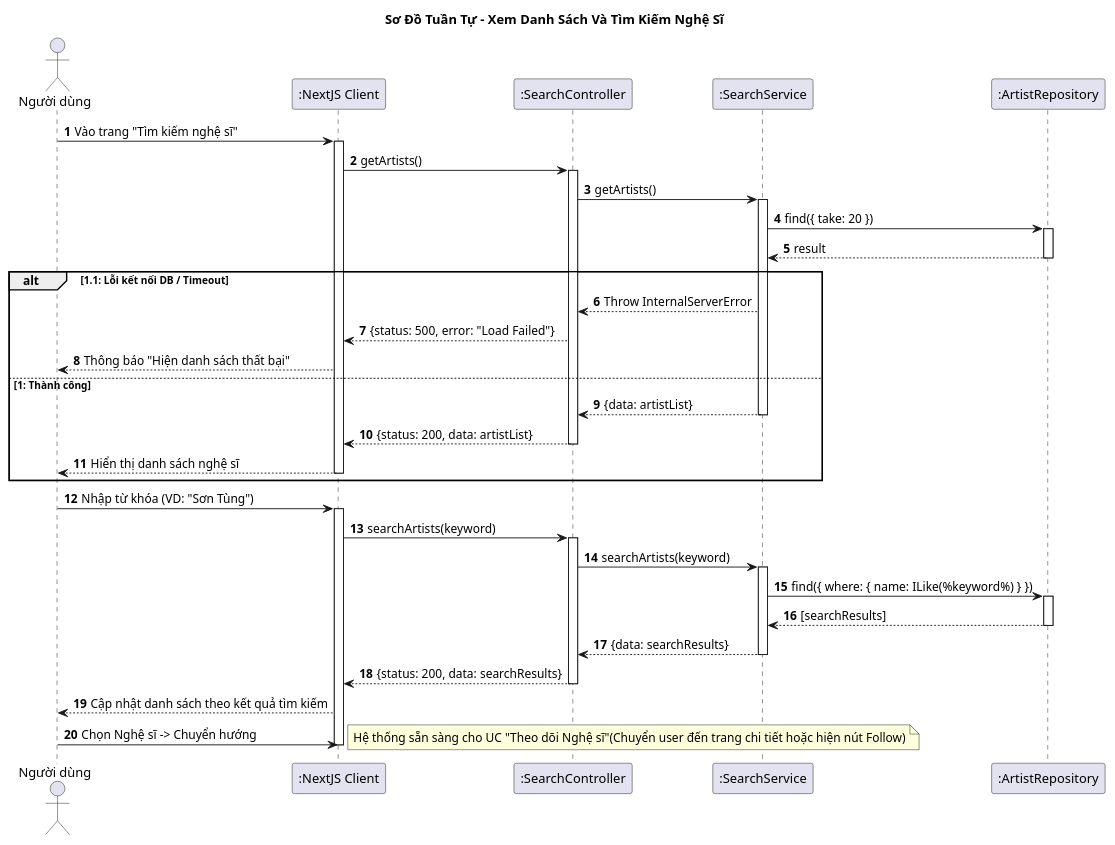
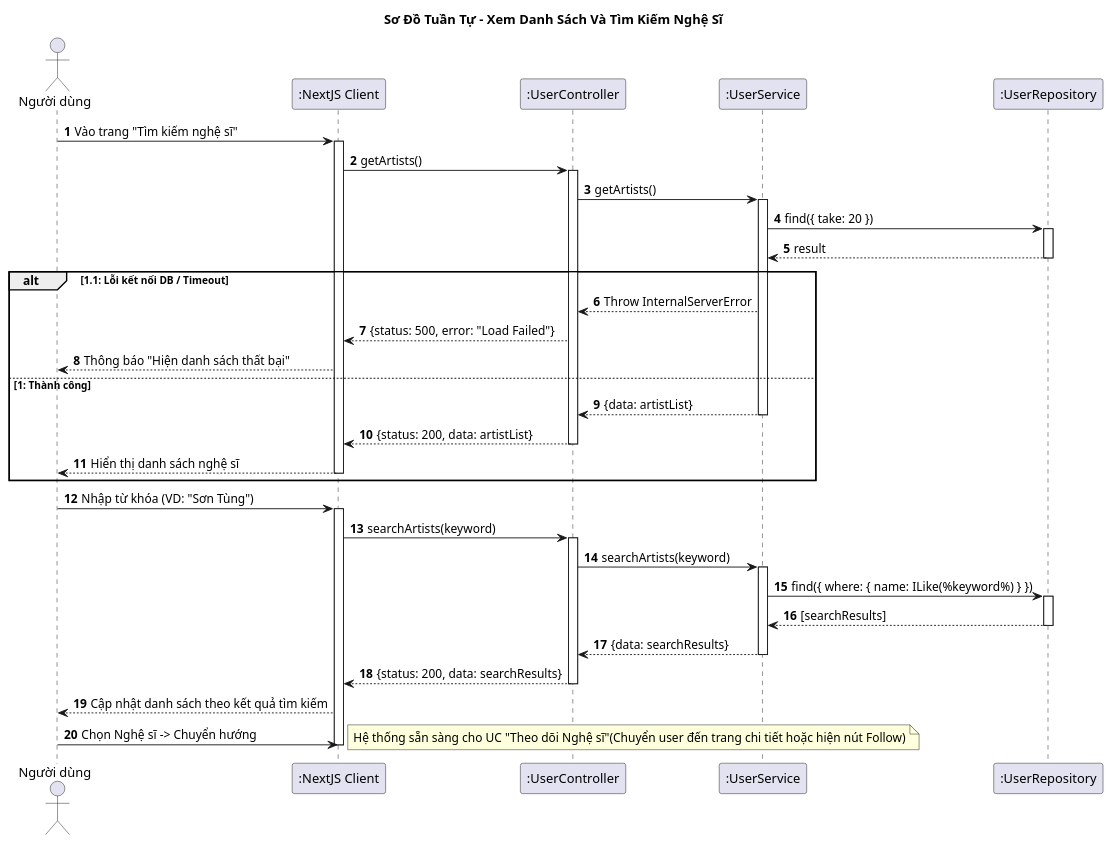
The diagram in Diagrams/SequenceDiagram/ViewSearchArtistSD.plantuml (vinh047/soundwave), drawn with PlantUML before and after one commit. The commit also changed 13 other files, not shown here.

Commit message:
Update: Sửa Class Diagram thành mức phân tích

```diff
--- a/Diagrams/SequenceDiagram/ViewSearchArtistSD.plantuml
+++ b/Diagrams/SequenceDiagram/ViewSearchArtistSD.plantuml
@@ -1,72 +1,72 @@
 @startuml Sequence Diagram - Xem Danh Sách Và Tìm Kiếm Nghệ Sĩ 
 
 title Sơ Đồ Tuần Tự - Xem Danh Sách Và Tìm Kiếm Nghệ Sĩ 
 
 actor "Người dùng" as User
 participant ":NextJS Client" as UI
-participant ":SearchController" as Controller
-participant ":SearchService" as Service
-participant ":ArtistRepository" as DB
+participant ":UserController" as Controller
+participant ":UserService" as Service
+participant ":UserRepository" as DB
 
 autonumber
 
 ' === BƯỚC 1: TẢI DANH SÁCH BAN ĐẦU ===
 User -> UI: Vào trang "Tìm kiếm nghệ sĩ"
 activate UI
 
 ' Gửi request (Chỉ gửi 1 lần)
 UI -> Controller: getArtists()
 activate Controller
 Controller -> Service: getArtists()
 activate Service
 
 ' Truy vấn DB
 Service -> DB: find({ take: 20 })
 activate DB
 DB --> Service: result
 deactivate DB
 
 ' Phân nhánh kết quả trả về
 alt 1.1: Lỗi kết nối DB / Timeout
     Service --> Controller: Throw InternalServerError
     Controller --> UI: {status: 500, error: "Load Failed"}
     UI --> User: Thông báo "Hiện danh sách thất bại"
 
 else 1: Thành công
     Service --> Controller: {data: artistList}
     deactivate Service
     Controller --> UI: {status: 200, data: artistList}
     deactivate Controller
     UI --> User: Hiển thị danh sách nghệ sĩ
     deactivate UI
 end
 
 ' === BƯỚC 2: TÌM KIẾM ===
 User -> UI: Nhập từ khóa (VD: "Sơn Tùng")
 activate UI
 
 ' NestJS: Dùng Query Param (?q=keyword)
 UI -> Controller: searchArtists(keyword)
 activate Controller
 Controller -> Service: searchArtists(keyword)
 activate Service
 
 ' TypeORM: Dùng ILIKE để tìm kiếm không phân biệt hoa thường
 Service -> DB: find({ where: { name: ILike(%keyword%) } })
 activate DB
 DB --> Service: [searchResults]
 deactivate DB
 
 Service --> Controller: {data: searchResults}
 deactivate Service
 Controller --> UI: {status: 200, data: searchResults}
 deactivate Controller
 
 UI --> User: Cập nhật danh sách theo kết quả tìm kiếm
 
 ' === BƯỚC 3: CHỌN NGHỆ SĨ ===
 User -> UI: Chọn Nghệ sĩ -> Chuyển hướng
 note right: Hệ thống sẵn sàng cho UC "Theo dõi Nghệ sĩ"(Chuyển user đến trang chi tiết hoặc hiện nút Follow)
 deactivate UI
 
 @enduml
```
